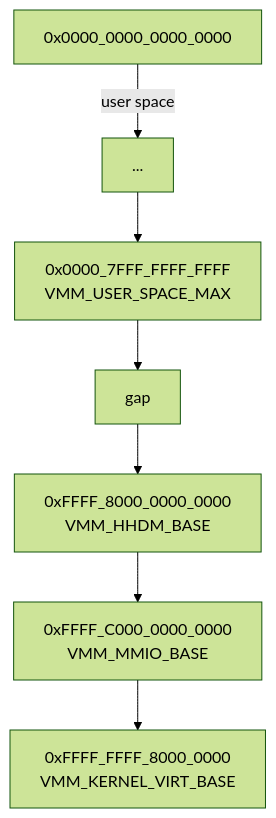
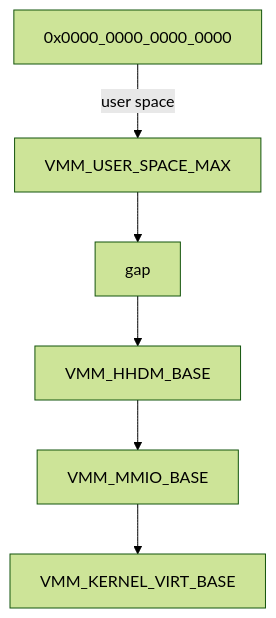
The second of 2 diagrams in README.md (CodeMajorGeek/TheOS-Reborn), drawn with Mermaid (forest theme) before and after one commit. The commit also changed other lines of this file, not shown here.

````diff
--- a/README.md
+++ b/README.md
@@ -141,9 +141,8 @@
 ```mermaid
 graph TD
-    K0[0x0000_0000_0000_0000] -->|user space| K1[...]
-    K1 --> KU[0x0000_7FFF_FFFF_FFFF<br/>VMM_USER_SPACE_MAX]
-    KU --> G1[gap]
-    G1 --> HH[0xFFFF_8000_0000_0000<br/>VMM_HHDM_BASE]
-    HH --> MM[0xFFFF_C000_0000_0000<br/>VMM_MMIO_BASE]
-    MM --> KV[0xFFFF_FFFF_8000_0000<br/>VMM_KERNEL_VIRT_BASE]
+    K0["0x0000_0000_0000_0000"] -->|user space| KU["VMM_USER_SPACE_MAX"]
+    KU --> G1["gap"]
+    G1 --> HH["VMM_HHDM_BASE"]
+    HH --> MM["VMM_MMIO_BASE"]
+    MM --> KV["VMM_KERNEL_VIRT_BASE"]
 ```
````
